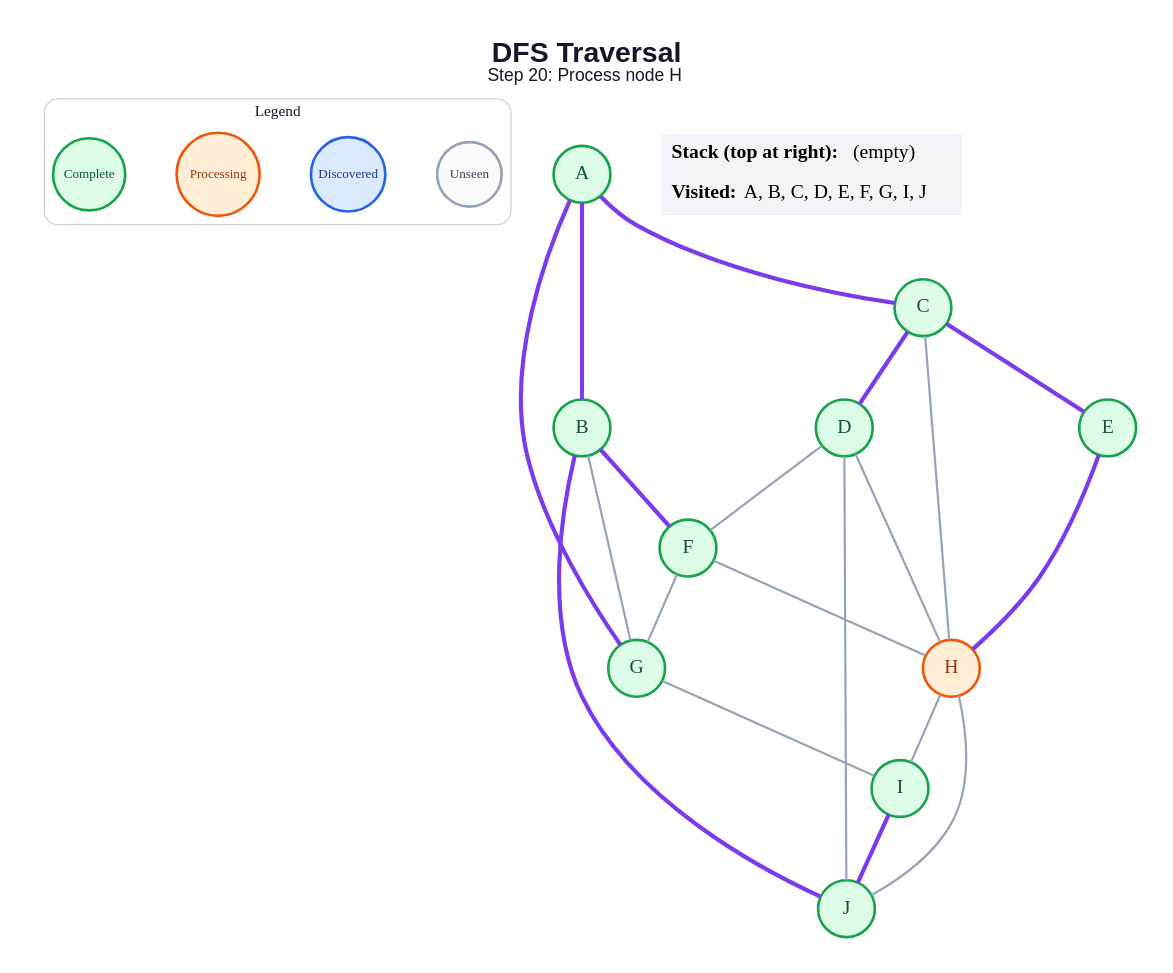
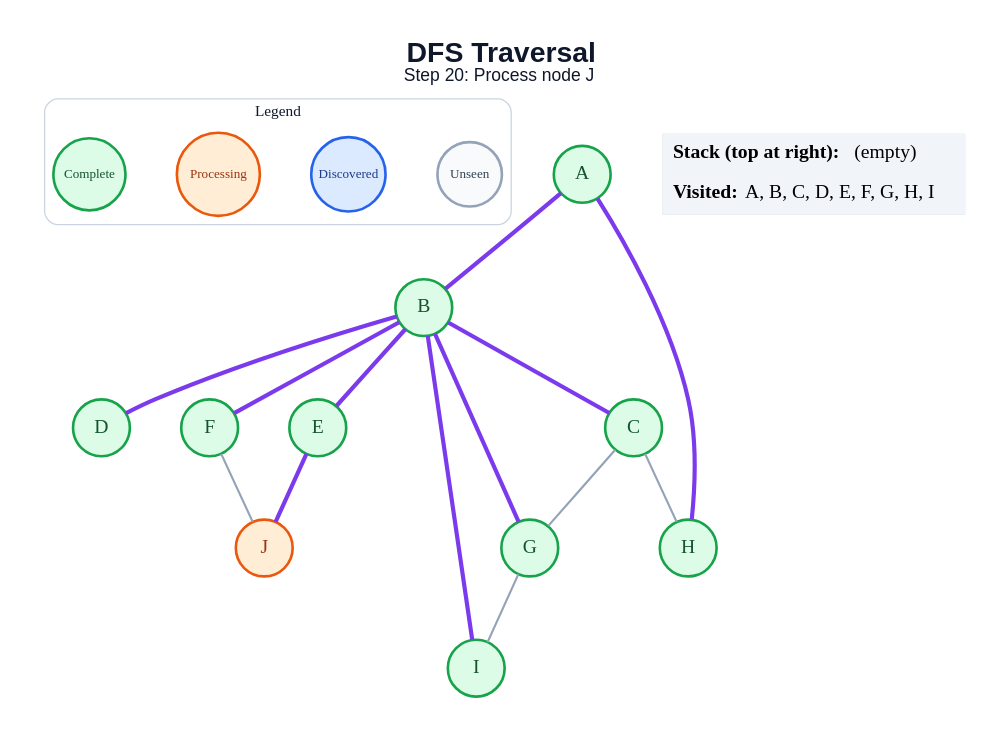
One commit to amanghodawala9/ai-slop changed the diagram in generated/specific-node/dfs/step_20.dot. Above: the diagram before and after it, drawn with Graphviz. The commit also changed 178 other files, not shown here.

```diff
--- a/generated/specific-node/dfs/step_20.dot
+++ b/generated/specific-node/dfs/step_20.dot
@@ -1,48 +1,42 @@
 graph traversal {
   graph [layout=dot, rankdir=TB, bgcolor="#FFFFFF", pad="0.35", nodesep="0.65", ranksep="0.8", fontname="Arial"];
   node [shape=circle, style="filled", fontname="Arial Bold", fontsize=18, width=0.72, fixedsize=true, penwidth=2.4];
   edge [color="#94A3B8", penwidth=2.0];
-  label=<<B>DFS Traversal</B><BR/><FONT POINT-SIZE="16">Step 20: Process node H</FONT>>; labelloc="t"; fontsize=26; fontname="Arial"; fontcolor="#0F172A";
+  label=<<B>DFS Traversal</B><BR/><FONT POINT-SIZE="16">Step 20: Process node J</FONT>>; labelloc="t"; fontsize=26; fontname="Arial"; fontcolor="#0F172A";
   subgraph cluster_legend { label="Legend"; color="#CBD5E1"; penwidth=1.2; style="rounded"; fontsize=14; fontname="Arial Bold";
     key_unseen [label="Unseen", fillcolor="#F8FAFC", color="#94A3B8", fontcolor="#334155", fontsize=12, width=0.82];
     key_frontier [label="Discovered", fillcolor="#DBEAFE", color="#2563EB", fontcolor="#1E3A8A", fontsize=12, width=0.95];
     key_current [label="Processing", fillcolor="#FFEDD5", color="#EA580C", fontcolor="#9A3412", fontsize=12, width=1.05];
     key_done [label="Complete", fillcolor="#DCFCE7", color="#16A34A", fontcolor="#14532D", fontsize=12, width=0.92];
     { rank=same; key_unseen; key_frontier; key_current; key_done; }
   }
   A [fillcolor="#DCFCE7", color="#16A34A", fontcolor="#14532D"];
   B [fillcolor="#DCFCE7", color="#16A34A", fontcolor="#14532D"];
   C [fillcolor="#DCFCE7", color="#16A34A", fontcolor="#14532D"];
   D [fillcolor="#DCFCE7", color="#16A34A", fontcolor="#14532D"];
   E [fillcolor="#DCFCE7", color="#16A34A", fontcolor="#14532D"];
   F [fillcolor="#DCFCE7", color="#16A34A", fontcolor="#14532D"];
   G [fillcolor="#DCFCE7", color="#16A34A", fontcolor="#14532D"];
-  H [fillcolor="#FFEDD5", color="#EA580C", fontcolor="#9A3412"];
+  H [fillcolor="#DCFCE7", color="#16A34A", fontcolor="#14532D"];
   I [fillcolor="#DCFCE7", color="#16A34A", fontcolor="#14532D"];
-  J [fillcolor="#DCFCE7", color="#16A34A", fontcolor="#14532D"];
+  J [fillcolor="#FFEDD5", color="#EA580C", fontcolor="#9A3412"];
   A -- B [color="#7C3AED", penwidth=3.8];
-  A -- C [color="#7C3AED", penwidth=3.8];
-  A -- G [color="#7C3AED", penwidth=3.8];
+  A -- H [color="#7C3AED", penwidth=3.8];
+  B -- C [color="#7C3AED", penwidth=3.8];
+  B -- D [color="#7C3AED", penwidth=3.8];
+  B -- E [color="#7C3AED", penwidth=3.8];
   B -- F [color="#7C3AED", penwidth=3.8];
-  B -- G;
-  B -- J [color="#7C3AED", penwidth=3.8];
-  C -- D [color="#7C3AED", penwidth=3.8];
-  C -- E [color="#7C3AED", penwidth=3.8];
+  B -- G [color="#7C3AED", penwidth=3.8];
+  B -- I [color="#7C3AED", penwidth=3.8];
+  C -- G;
   C -- H;
-  D -- F;
-  D -- H;
-  D -- J;
-  E -- H [color="#7C3AED", penwidth=3.8];
-  F -- G;
-  F -- H;
+  E -- J [color="#7C3AED", penwidth=3.8];
+  F -- J;
   G -- I;
-  H -- I;
-  H -- J;
-  I -- J [color="#7C3AED", penwidth=3.8];
   status [shape=plain, fixedsize=false, width=0, height=0, margin=0, label=<
     <TABLE BORDER="0" CELLBORDER="0" CELLPADDING="7" BGCOLOR="#F1F5F9">
       <TR><TD ALIGN="LEFT"><B>Stack (top at right):</B> (empty)</TD></TR>
-      <TR><TD ALIGN="LEFT"><B>Visited:</B> A, B, C, D, E, F, G, I, J</TD></TR>
+      <TR><TD ALIGN="LEFT"><B>Visited:</B> A, B, C, D, E, F, G, H, I</TD></TR>
     </TABLE>
   >];
 }
```
